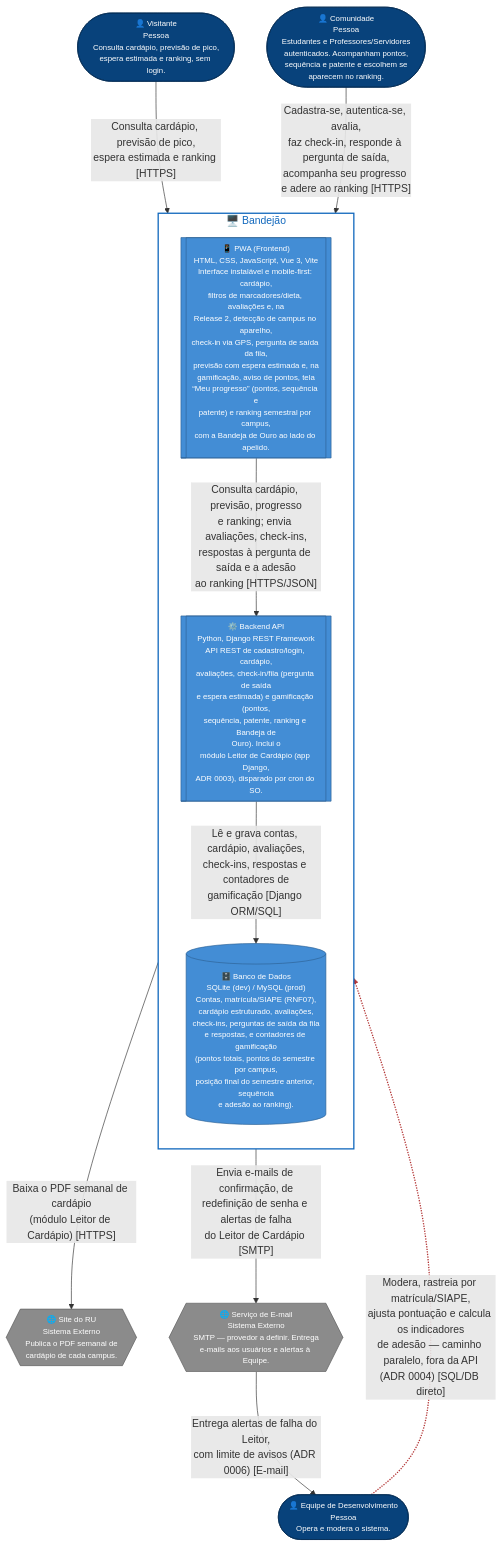
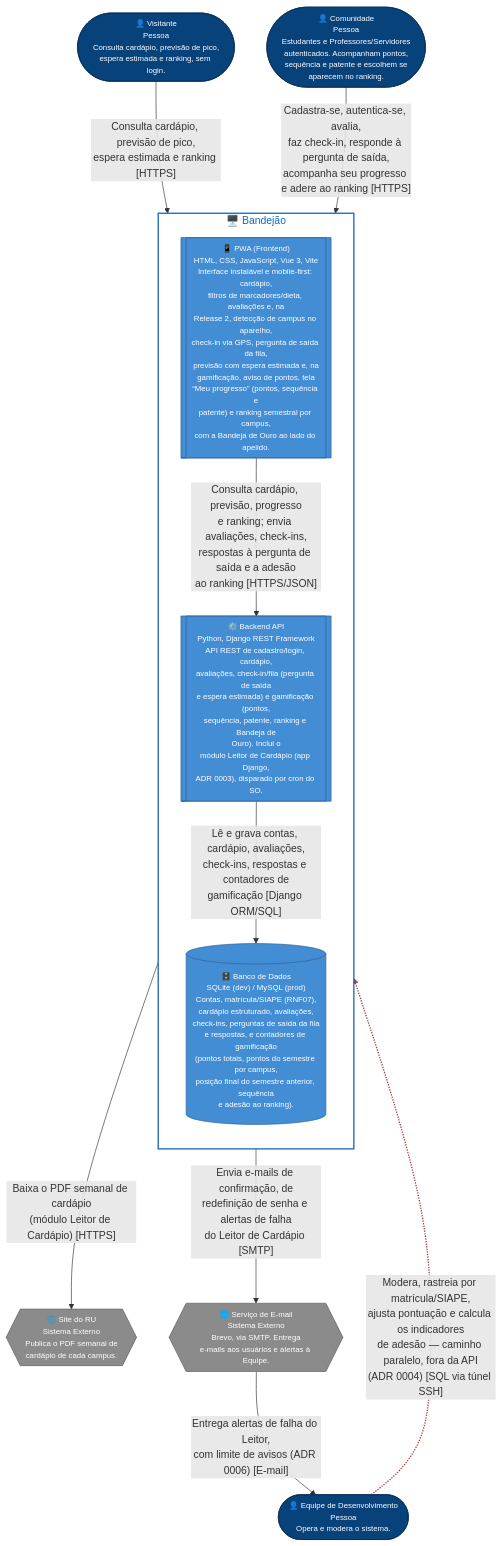
The second of 2 diagrams in docs/arquitetura/c4-niveis-1-2.md (unb-mds/2026-2-Bandejao-UnB), drawn with Mermaid before and after one commit. The commit also changed other lines of this file and 8 other files, not shown here.

```diff
--- a/docs/arquitetura/c4-niveis-1-2.md
+++ b/docs/arquitetura/c4-niveis-1-2.md
@@ -166,7 +166,7 @@
 cardápio de cada campus."}}
   email_svc{{"🌐 Serviço de E-mail
 Sistema Externo
-SMTP — provedor a definir. Entrega
+Brevo, via SMTP. Entrega
 e-mails aos usuários e alertas à Equipe."}}
 
   subgraph bandejao["🖥️ Bandejão"]
@@ -222,7 +222,7 @@
   equipe -.->|"Modera, rastreia por matrícula/SIAPE,
 ajusta pontuação e calcula os indicadores
 de adesão — caminho paralelo, fora da API
-(ADR 0004) [SQL/DB direto]"| db
+(ADR 0004) [SQL via túnel SSH]"| db
   email_svc -->|"Entrega alertas de falha do Leitor,
 com limite de avisos (ADR 0006) [E-mail]"| equipe
 
```
